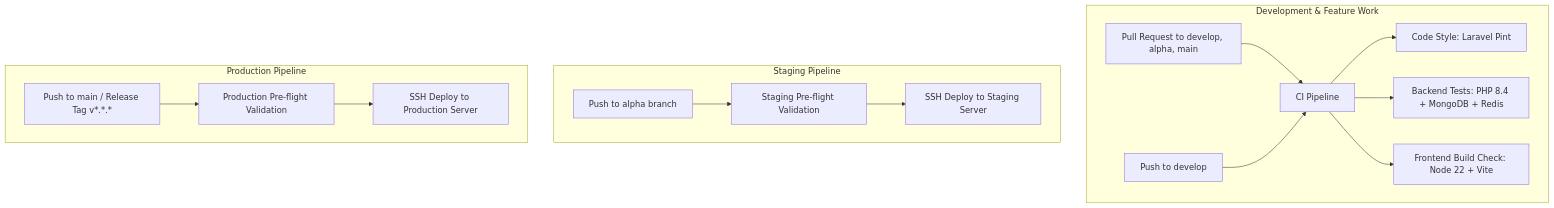
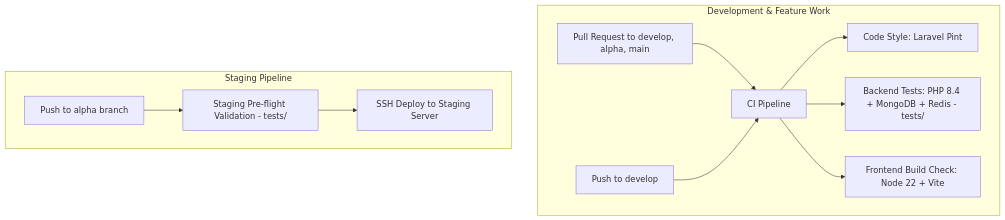
One commit to HaiqalHarona/SanCo changed the diagram in docs/GITHUB_ACTIONS.md. Above: the diagram before and after it, drawn with Mermaid. The commit also changed other lines of this file and 9 other files, not shown here.

Commit message:
feat: enhance CI/CD pipeline with stress testing and database seeding; update documentation and tests

````diff
--- a/docs/GITHUB_ACTIONS.md
+++ b/docs/GITHUB_ACTIONS.md
@@ -26,20 +26,15 @@
 ```mermaid
 flowchart TD
     subgraph Development & Feature Work
         PR[Pull Request to develop, alpha, main] --> CI[CI Pipeline]
         PUSH_DEV[Push to develop] --> CI
         CI --> CS[Code Style: Laravel Pint]
-        CI --> BE[Backend Tests: PHP 8.4 + MongoDB + Redis]
+        CI --> BE[Backend Tests: PHP 8.4 + MongoDB + Redis - tests/]
         CI --> FE[Frontend Build Check: Node 22 + Vite]
     end
 
     subgraph Staging Pipeline
-        PUSH_ALPHA[Push to alpha branch] --> STG_VAL[Staging Pre-flight Validation]
+        PUSH_ALPHA[Push to alpha branch] --> STG_VAL[Staging Pre-flight Validation - tests/]
         STG_VAL --> STG_DEPLOY[SSH Deploy to Staging Server]
     end
-
-    subgraph Production Pipeline
-        PUSH_MAIN[Push to main / Release Tag v*.*.*] --> PROD_VAL[Production Pre-flight Validation]
-        PROD_VAL --> PROD_DEPLOY[SSH Deploy to Production Server]
-    end
 ```
````
